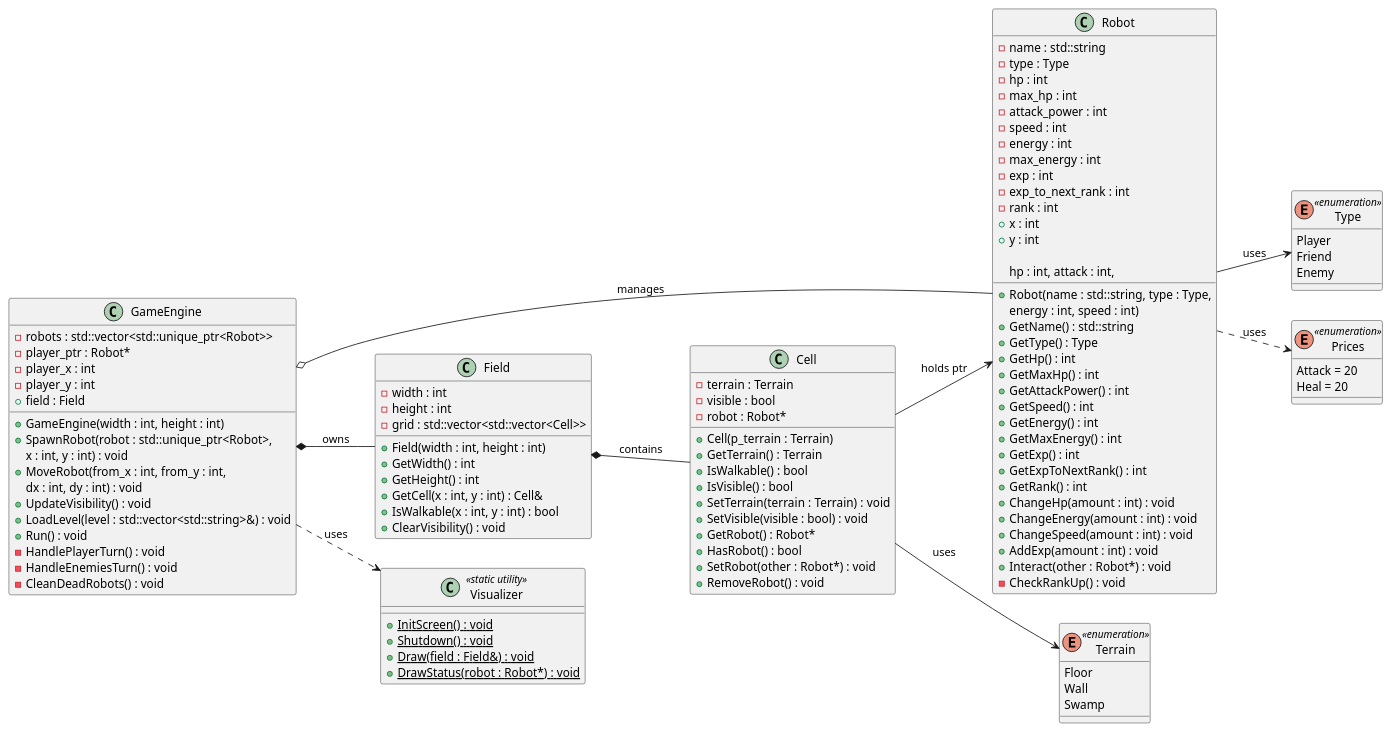
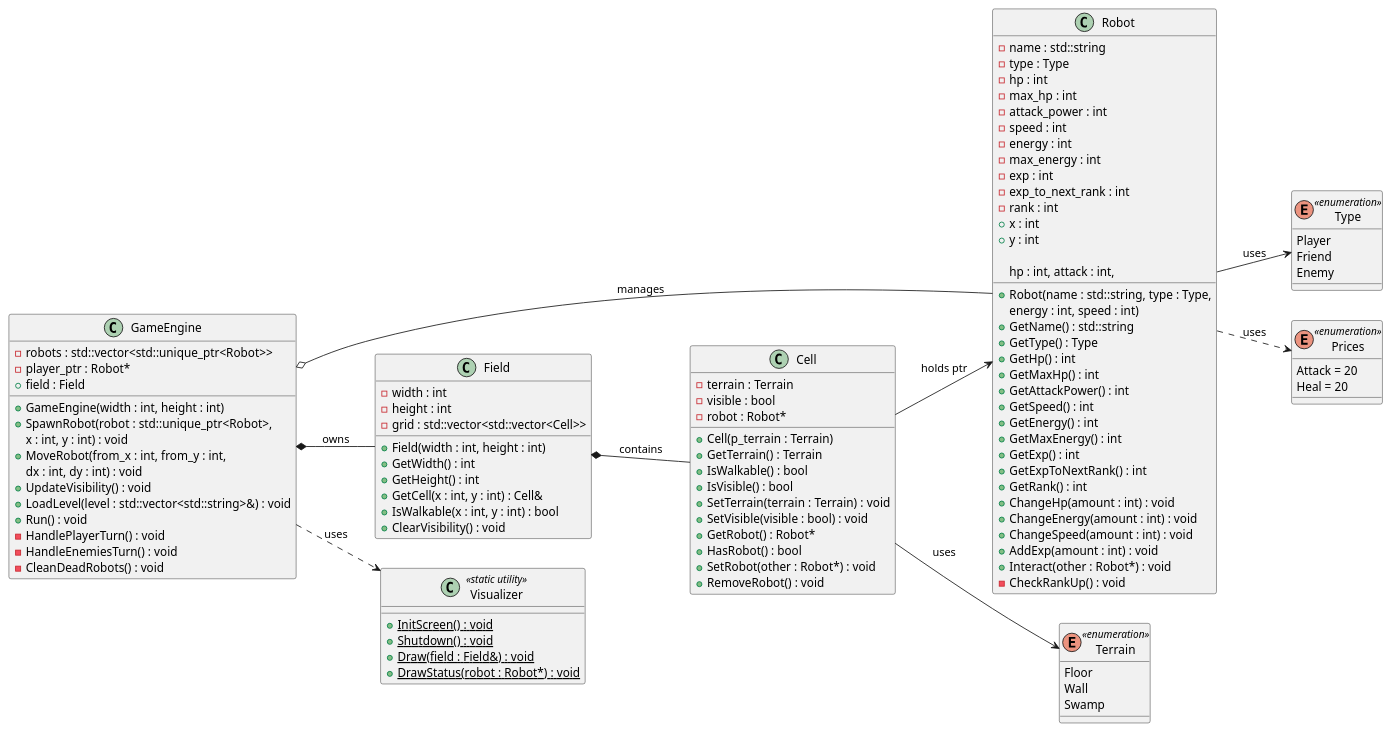
Before and after one commit to R3G3NT/RoboGame: the diagram in Graph.puml, drawn with PlantUML. The commit also changed 4 other files, not shown here.

```diff
--- a/Graph.puml
+++ b/Graph.puml
@@ -1,125 +1,123 @@
 @startuml classes
 left to right direction
 
 class Robot {
     - name : std::string
     - type : Type
     - hp : int
     - max_hp : int
     - attack_power : int
     - speed : int
     - energy : int
     - max_energy : int
     - exp : int
     - exp_to_next_rank : int
     - rank : int
     + x : int
     + y : int
     
     + Robot(name : std::string, type : Type,
             hp : int, attack : int,
             energy : int, speed : int)
     + GetName() : std::string
     + GetType() : Type
     + GetHp() : int
     + GetMaxHp() : int
     + GetAttackPower() : int
     + GetSpeed() : int
     + GetEnergy() : int
     + GetMaxEnergy() : int
     + GetExp() : int
     + GetExpToNextRank() : int
     + GetRank() : int
     + ChangeHp(amount : int) : void
     + ChangeEnergy(amount : int) : void
     + ChangeSpeed(amount : int) : void
     + AddExp(amount : int) : void
     + Interact(other : Robot*) : void
     - CheckRankUp() : void
 }
 
 enum Type <<enumeration>> {
     Player
     Friend
     Enemy
 }
 
 enum Prices <<enumeration>> {
     Attack = 20
     Heal = 20
 }
 
 class Cell {
     - terrain : Terrain
     - visible : bool
     - robot : Robot*
     
     + Cell(p_terrain : Terrain)
     + GetTerrain() : Terrain
     + IsWalkable() : bool
     + IsVisible() : bool
     + SetTerrain(terrain : Terrain) : void
     + SetVisible(visible : bool) : void
     + GetRobot() : Robot*
     + HasRobot() : bool
     + SetRobot(other : Robot*) : void
     + RemoveRobot() : void
 }
 
 enum Terrain <<enumeration>> {
     Floor
     Wall
     Swamp
 }
 
 class Field {
     - width : int
     - height : int
     - grid : std::vector<std::vector<Cell>>
     
     + Field(width : int, height : int)
     + GetWidth() : int
     + GetHeight() : int
     + GetCell(x : int, y : int) : Cell&
     + IsWalkable(x : int, y : int) : bool
     + ClearVisibility() : void
 }
 
 class GameEngine {
     - robots : std::vector<std::unique_ptr<Robot>>
     - player_ptr : Robot*
-    - player_x : int
-    - player_y : int
     + field : Field
     
     + GameEngine(width : int, height : int)
     + SpawnRobot(robot : std::unique_ptr<Robot>,
                  x : int, y : int) : void
     + MoveRobot(from_x : int, from_y : int,
                 dx : int, dy : int) : void
     + UpdateVisibility() : void
     + LoadLevel(level : std::vector<std::string>&) : void
     + Run() : void
     - HandlePlayerTurn() : void
     - HandleEnemiesTurn() : void
     - CleanDeadRobots() : void
 }
 
 class Visualizer <<static utility>> {
     + {static} InitScreen() : void
     + {static} Shutdown() : void
     + {static} Draw(field : Field&) : void
     + {static} DrawStatus(robot : Robot*) : void
 }
 
 ' Связи
 Robot      --> Type       : uses 
 Robot      ..> Prices     : uses
 Cell       --> Robot      : holds ptr 
 Cell       --> Terrain    : uses  
 Field      *-- Cell       : contains 
 GameEngine *--  Field     : owns 
 GameEngine o-- Robot      : manages  
 GameEngine ..> Visualizer : uses 
 
 @enduml
```
